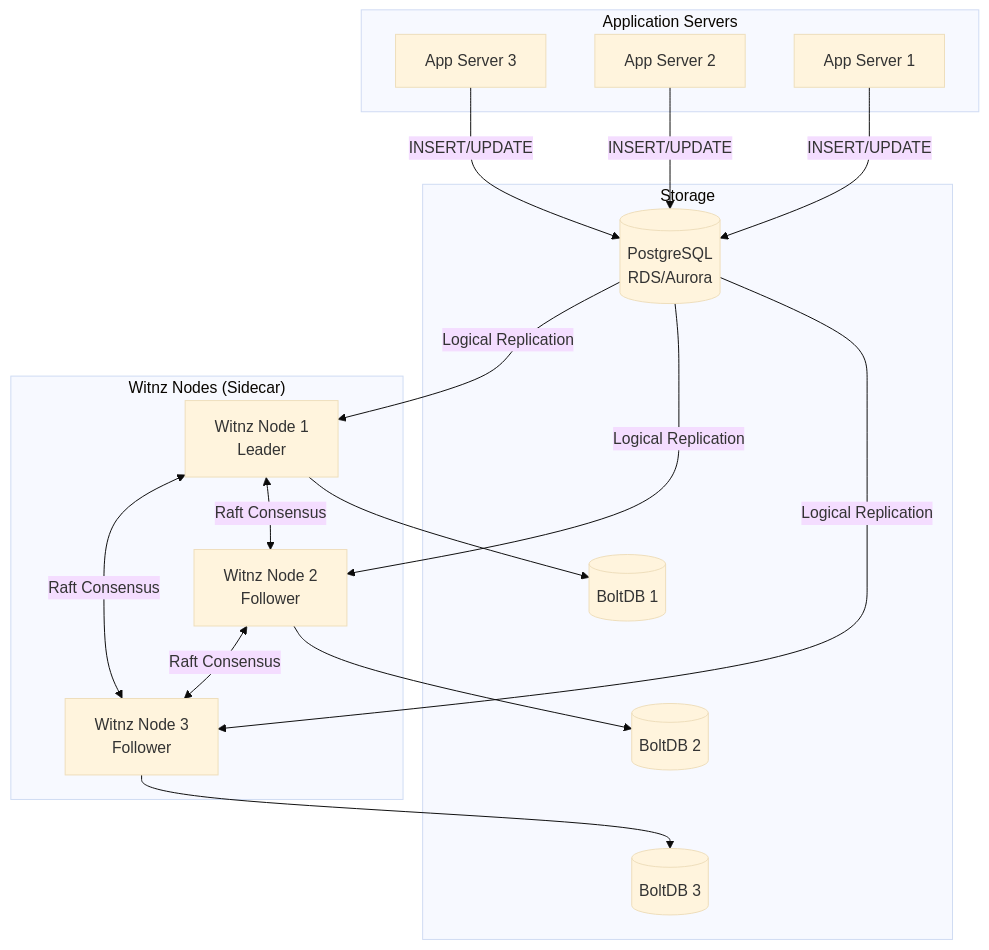
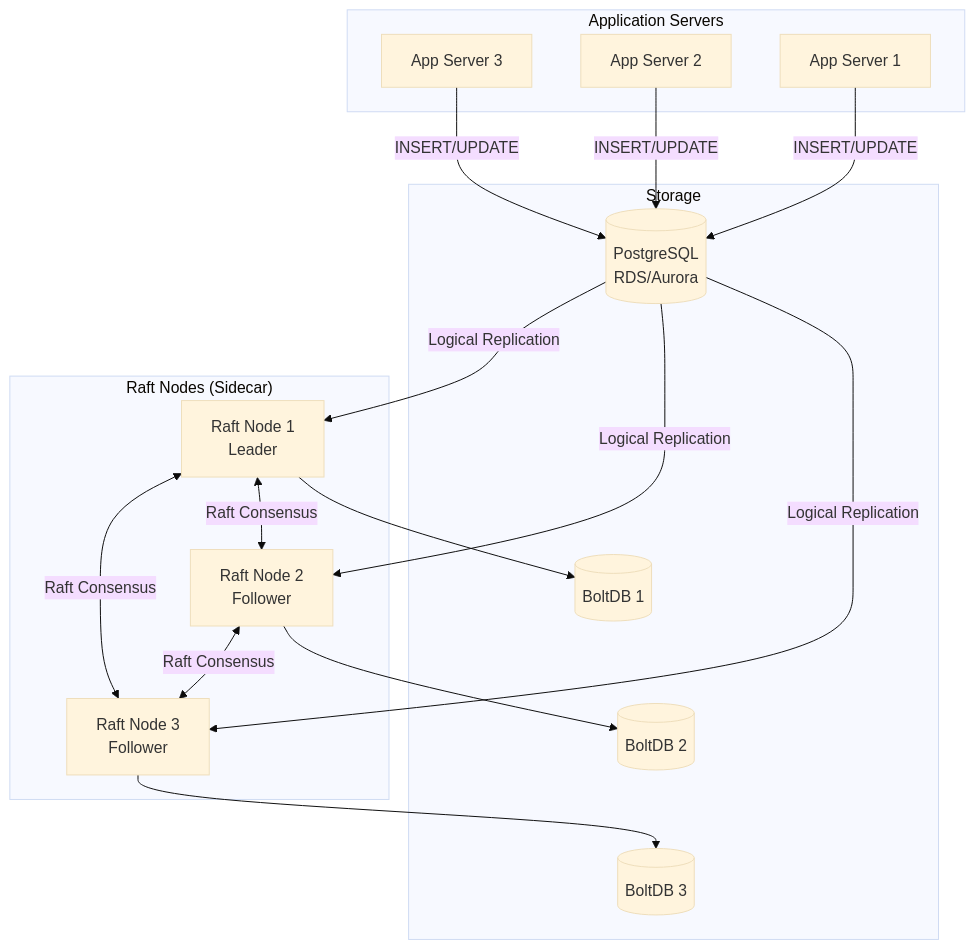
The first of 4 diagrams in README.md (Anes1032/witnz), drawn with Mermaid (base theme) before and after one commit. The commit also changed other lines of this file and 1 other file, not shown here.

````diff
--- a/README.md
+++ b/README.md
@@ -39,37 +39,37 @@
 ```mermaid
 graph TB
     subgraph "Application Servers"
         App1[App Server 1]
         App2[App Server 2]
         App3[App Server 3]
     end
 
-    subgraph "Witnz Nodes (Sidecar)"
-        Node1[Witnz Node 1<br/>Leader]
-        Node2[Witnz Node 2<br/>Follower]
-        Node3[Witnz Node 3<br/>Follower]
+    subgraph "Raft Nodes (Sidecar)"
+        Node1[Raft Node 1<br/>Leader]
+        Node2[Raft Node 2<br/>Follower]
+        Node3[Raft Node 3<br/>Follower]
     end
 
     subgraph "Storage"
         PG[(PostgreSQL<br/>RDS/Aurora)]
         DB1[(BoltDB 1)]
         DB2[(BoltDB 2)]
         DB3[(BoltDB 3)]
     end
 
     App1 -->|INSERT/UPDATE| PG
     App2 -->|INSERT/UPDATE| PG
     App3 -->|INSERT/UPDATE| PG
 
     PG -->|Logical Replication| Node1
     PG -->|Logical Replication| Node2
     PG -->|Logical Replication| Node3
 
     Node1 <-->|Raft Consensus| Node2
     Node2 <-->|Raft Consensus| Node3
     Node3 <-->|Raft Consensus| Node1
 
     Node1 --> DB1
     Node2 --> DB2
     Node3 --> DB3
 ```
````
